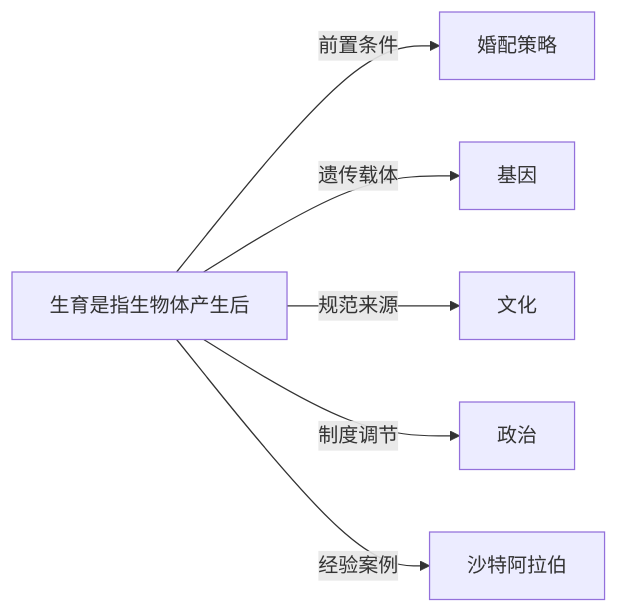
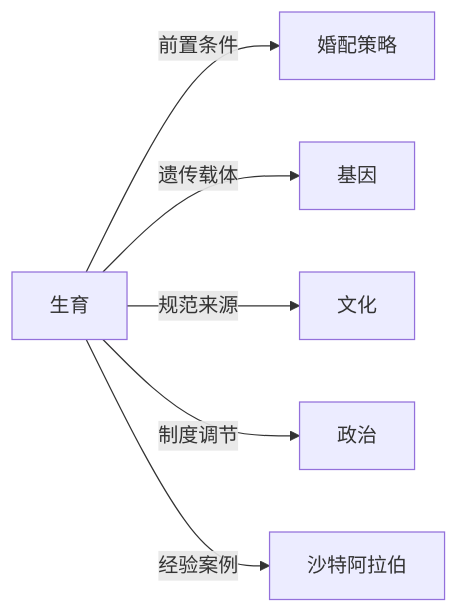
The diagram in Knowledge/Concepts/社会学/生育.md (KIMMCHOW/MyKnowledge), drawn with Mermaid before and after one commit. The commit also changed 96 other files, not shown here.

Commit message:
fix: 修复概念页关系图节点并补齐缺失关联

````diff
--- a/Knowledge/Concepts/社会学/生育.md
+++ b/Knowledge/Concepts/社会学/生育.md
@@ -44,8 +44,8 @@
 ```mermaid
 graph LR
-    生育是指生物体产生后 -->|前置条件| 婚配策略
-    生育是指生物体产生后 -->|遗传载体| 基因
-    生育是指生物体产生后 -->|规范来源| 文化
-    生育是指生物体产生后 -->|制度调节| 政治
-    生育是指生物体产生后 -->|经验案例| 沙特阿拉伯
+生育 -->|前置条件| 婚配策略
+生育 -->|遗传载体| 基因
+生育 -->|规范来源| 文化
+生育 -->|制度调节| 政治
+生育 -->|经验案例| 沙特阿拉伯
 ```
````
